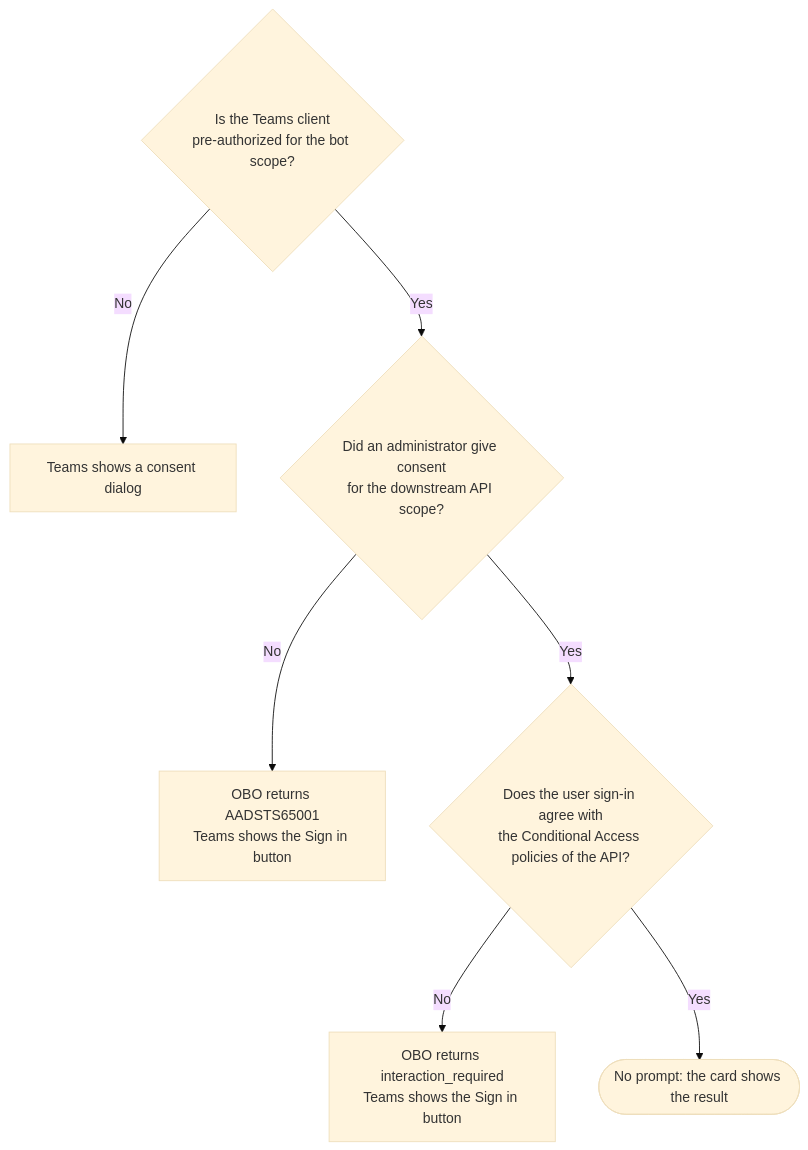
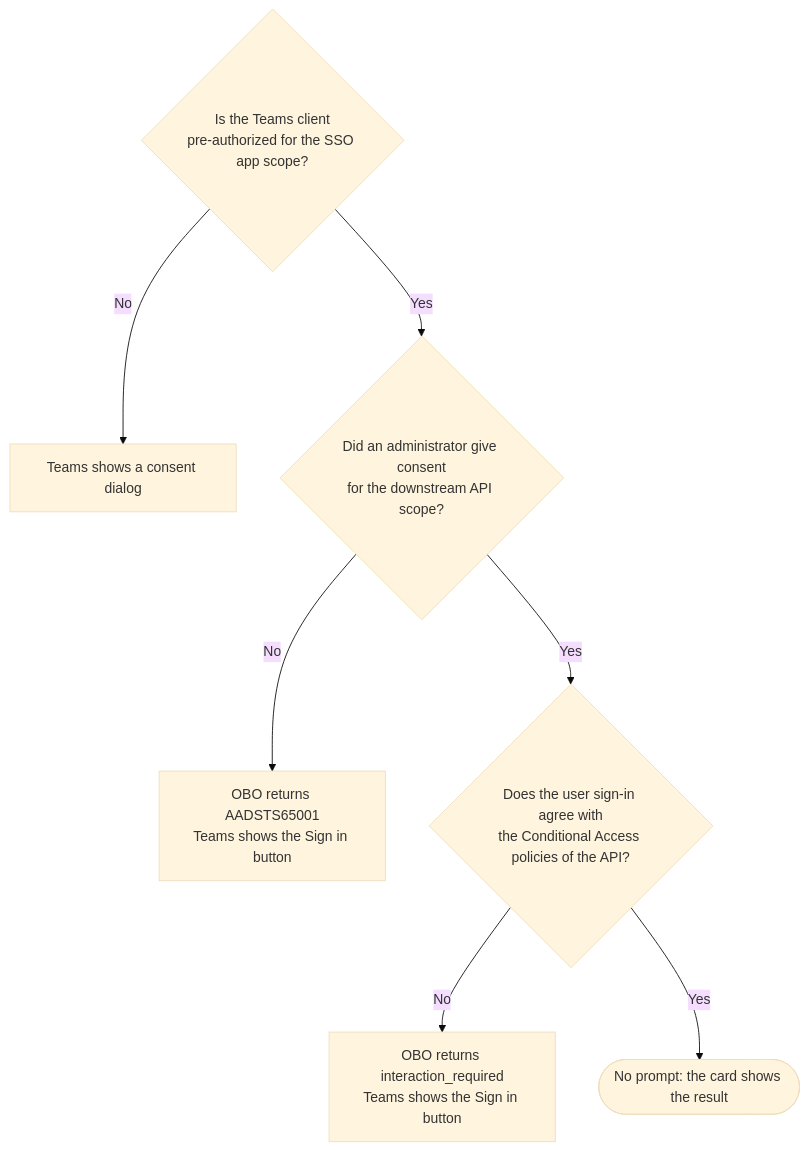
The seventh of 10 diagrams in docs/how-obo-works.md (georgemathieson/Bot), drawn with Mermaid (base theme) before and after one commit. The commit also changed other lines of this file and 4 other files, not shown here.

````diff
--- a/docs/how-obo-works.md
+++ b/docs/how-obo-works.md
@@ -250,10 +283,10 @@
 ```mermaid
 flowchart TD
-    S1{"Is the Teams client<br/>pre-authorized for the bot scope?"}
+    S1{"Is the Teams client<br/>pre-authorized for the SSO app scope?"}
     S1 -- "No" --> P1["Teams shows a consent dialog"]
     S1 -- "Yes" --> S2{"Did an administrator give consent<br/>for the downstream API scope?"}
     S2 -- "No" --> P2["OBO returns AADSTS65001<br/>Teams shows the Sign in button"]
     S2 -- "Yes" --> S3{"Does the user sign-in agree with<br/>the Conditional Access policies of the API?"}
     S3 -- "No" --> P3["OBO returns interaction_required<br/>Teams shows the Sign in button"]
     S3 -- "Yes" --> OK(["No prompt: the card shows the result"])
 ```
````
